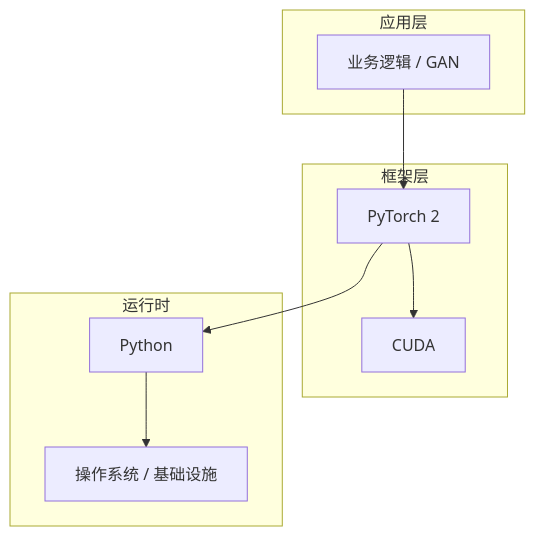
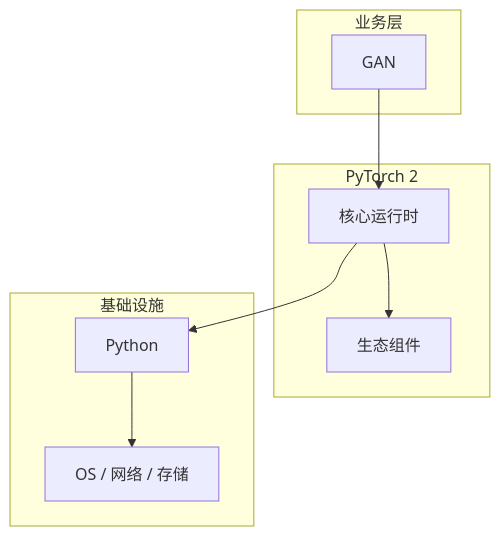
Before and after one commit to yanggan2015/knowledge-json-v2: the diagram in articles/深度学习/chapters/073-GAN核心概念与原理.md, drawn with Mermaid. The commit also changed other lines of this file and 10127 other files, not shown here.

````diff
--- a/articles/深度学习/chapters/073-GAN核心概念与原理.md
+++ b/articles/深度学习/chapters/073-GAN核心概念与原理.md
@@ -45,18 +30,18 @@
 ```mermaid
 graph TB
-    subgraph 应用层
-        A[业务逻辑 / GAN]
+    subgraph 业务层
+        A[GAN]
     end
-    subgraph 框架层
-        B[PyTorch 2]
-        C[CUDA]
+    subgraph PyTorch 2
+        B[核心运行时]
+        C[生态组件]
     end
-    subgraph 运行时
+    subgraph 基础设施
         D[Python]
-        E[操作系统 / 基础设施]
+        E[OS / 网络 / 存储]
     end
     A --> B
     B --> C
     B --> D
     D --> E
 ```
````
